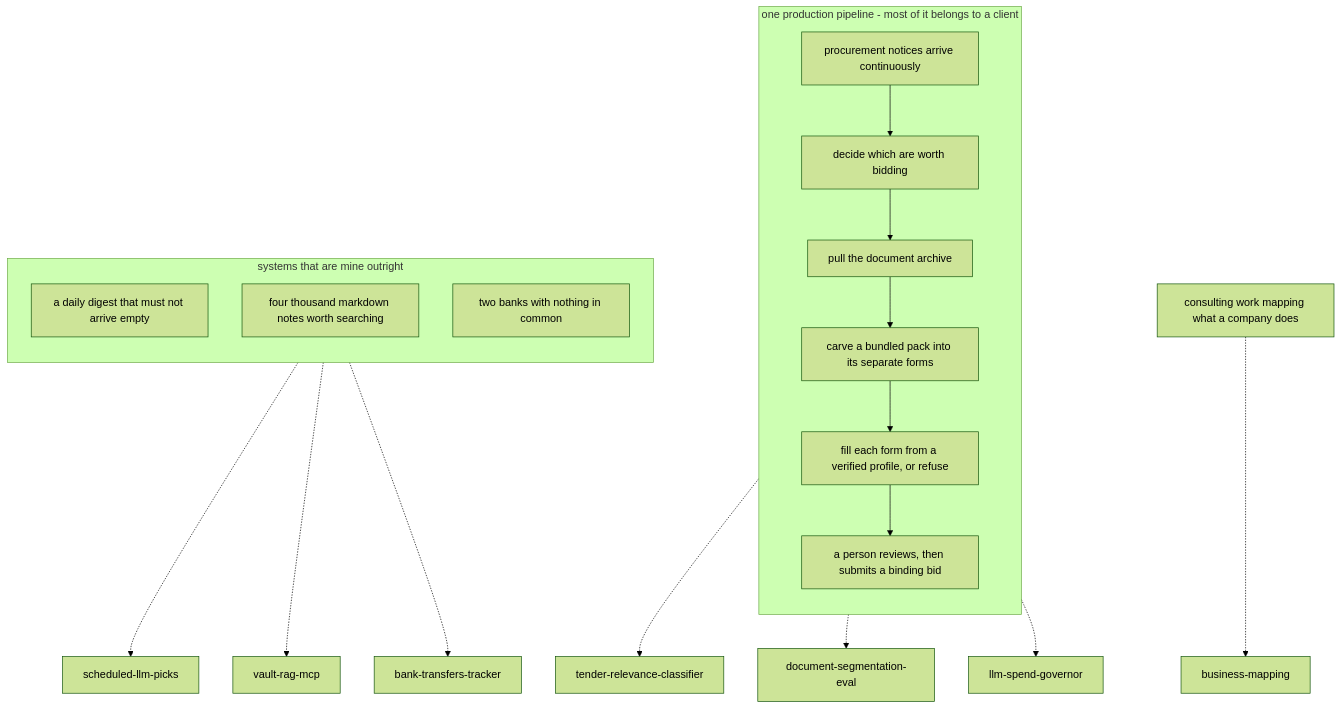
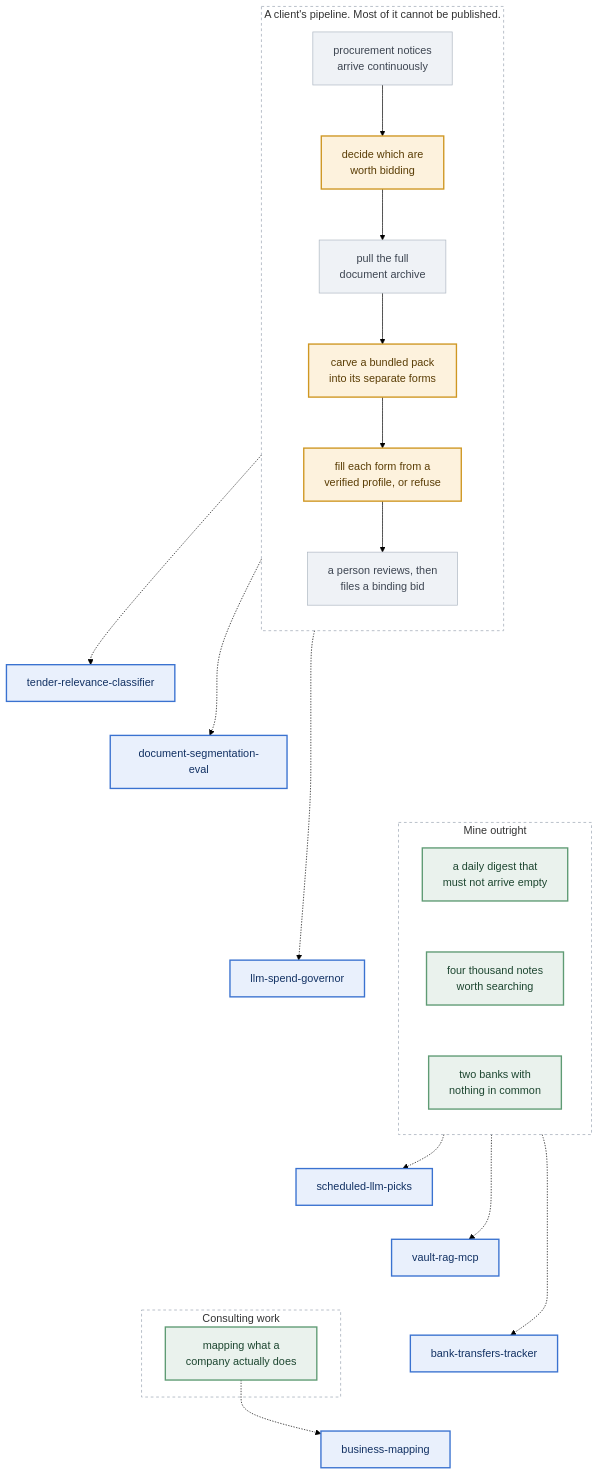
One commit to Scorpez/Scorpez changed the diagram in README.md. Above: the diagram before and after it, drawn with Mermaid (forest theme). The commit also changed other lines of this file, not shown here.

First paragraph of the commit message:
The provenance diagram had two axes fighting each other, so it has one now
The idea stays: where each published repository came from. What changed is that
it reads.

````diff
--- a/README.md
+++ b/README.md
@@ -16,25 +16,52 @@
 ```mermaid
 flowchart TD
-    subgraph prod["one production pipeline - most of it belongs to a client"]
+    subgraph CLIENT["A client's pipeline. Most of it cannot be published."]
         direction TB
-        A["procurement notices arrive continuously"] --> B["decide which are worth bidding"]
-        B --> C["pull the document archive"]
-        C --> D["carve a bundled pack into its separate forms"]
-        D --> E["fill each form from a verified profile, or refuse"]
-        E --> F["a person reviews, then submits a binding bid"]
+        A["procurement notices<br/>arrive continuously"]
+        B["decide which are<br/>worth bidding"]
+        C["pull the full<br/>document archive"]
+        D["carve a bundled pack<br/>into its separate forms"]
+        E["fill each form from a<br/>verified profile, or refuse"]
+        F["a person reviews, then<br/>files a binding bid"]
+        A --> B --> C --> D --> E --> F
     end
-    subgraph mine["systems that are mine outright"]
+
+    subgraph OWN["Mine outright"]
         direction TB
-        G["a daily digest that must not arrive empty"]
-        H["four thousand markdown notes worth searching"]
-        I["two banks with nothing in common"]
+        G["a daily digest that<br/>must not arrive empty"]
+        H["four thousand notes<br/>worth searching"]
+        I["two banks with<br/>nothing in common"]
+        G ~~~ H ~~~ I
     end
-    K["consulting work mapping what a company does"]
+
+    subgraph ADVISE["Consulting work"]
+        K["mapping what a<br/>company actually does"]
+    end
+
+    F ~~~ G
+    I ~~~ K
+
     B -.-> R1["tender-relevance-classifier"]
     D -.-> R2["document-segmentation-eval"]
     E -.-> R3["llm-spend-governor"]
     G -.-> R4["scheduled-llm-picks"]
     H -.-> R5["vault-rag-mcp"]
     I -.-> R6["bank-transfers-tracker"]
     K -.-> R7["business-mapping"]
+
+    R1 ~~~ R2 ~~~ R3 ~~~ R4 ~~~ R5 ~~~ R6 ~~~ R7
+
+    classDef stage fill:#eff2f6,stroke:#aeb7c2,stroke-width:1px,color:#3d4551
+    classDef origin fill:#fdf2dd,stroke:#cf9722,stroke-width:2px,color:#5a3d05
+    classDef domain fill:#eaf2ed,stroke:#5f9b74,stroke-width:2px,color:#1d4630
+    classDef repo fill:#e9f0fc,stroke:#3a72d0,stroke-width:2px,color:#123163
+
+    class A,C,F stage
+    class B,D,E origin
+    class G,H,I,K domain
+    class R1,R2,R3,R4,R5,R6,R7 repo
+
+    style CLIENT fill:transparent,stroke:#9aa4b2,stroke-dasharray:4 4
+    style OWN fill:transparent,stroke:#9aa4b2,stroke-dasharray:4 4
+    style ADVISE fill:transparent,stroke:#9aa4b2,stroke-dasharray:4 4
 ```
````
